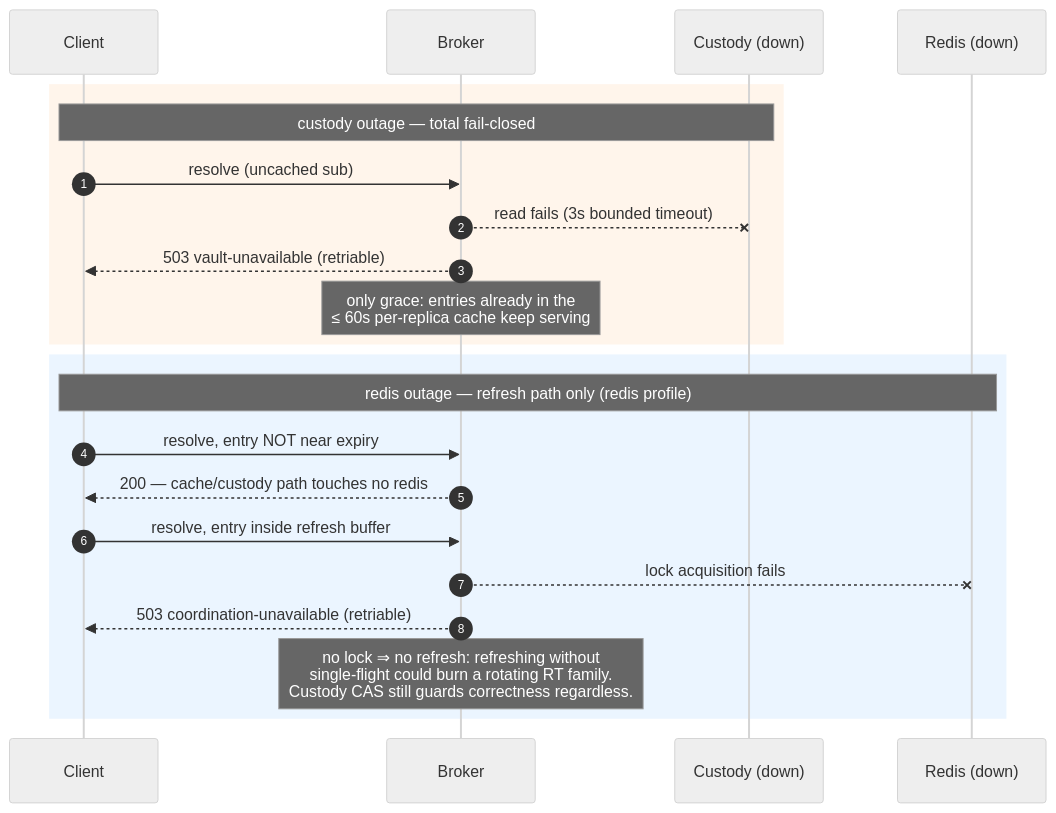
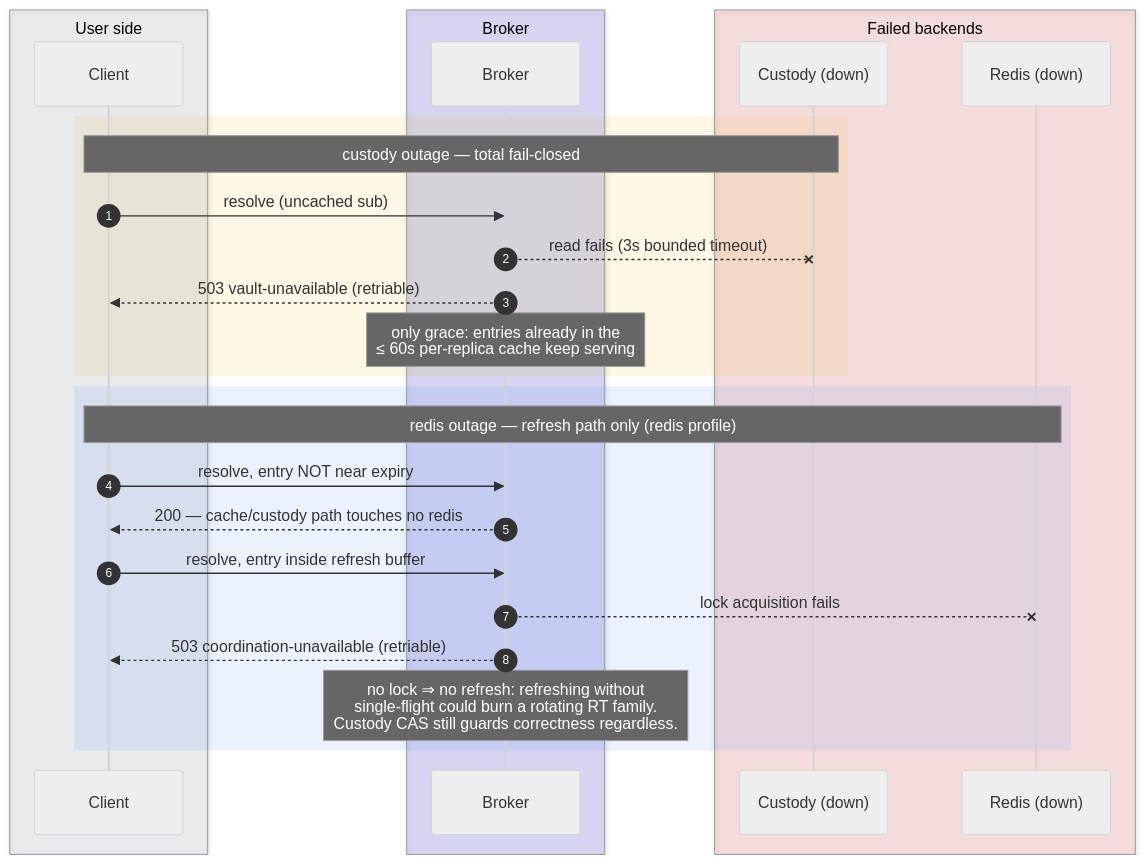
The tenth of 10 diagrams in docs/token-lifecycle.md (chief-builder/vendor-token-broker), drawn with Mermaid (neutral theme) before and after one commit. The commit also changed other lines of this file and 1 other file, not shown here.

First line of the commit message:
docs: theme-aware diagram colors + decluttered orientation map

````diff
--- a/docs/token-lifecycle.md
+++ b/docs/token-lifecycle.md
@@ -347,26 +425,32 @@
 ```mermaid
 sequenceDiagram
     autonumber
-    participant C as Client
-    participant B as Broker
-    participant K as Custody (down)
-    participant R as Redis (down)
+    box rgba(148,163,184,0.14) User side
+        participant C as Client
+    end
+    box rgba(99,102,241,0.20) Broker
+        participant B as Broker
+    end
+    box rgba(239,68,68,0.14) Failed backends
+        participant K as Custody (down)
+        participant R as Redis (down)
+    end
 
-    rect rgb(255, 245, 235)
+    rect rgba(234,179,8,0.10)
         Note over C,K: custody outage — total fail-closed
         C->>B: resolve (uncached sub)
         B--xK: read fails (3s bounded timeout)
         B-->>C: 503 vault-unavailable (retriable)
         Note over B: only grace: entries already in the<br/>≤ 60s per-replica cache keep serving
     end
 
-    rect rgb(235, 245, 255)
+    rect rgba(59,130,246,0.10)
         Note over C,R: redis outage — refresh path only (redis profile)
         C->>B: resolve, entry NOT near expiry
         B-->>C: 200 — cache/custody path touches no redis
         C->>B: resolve, entry inside refresh buffer
         B--xR: lock acquisition fails
         B-->>C: 503 coordination-unavailable (retriable)
         Note over B: no lock ⇒ no refresh: refreshing without<br/>single-flight could burn a rotating RT family.<br/>Custody CAS still guards correctness regardless.
     end
 ```
````
